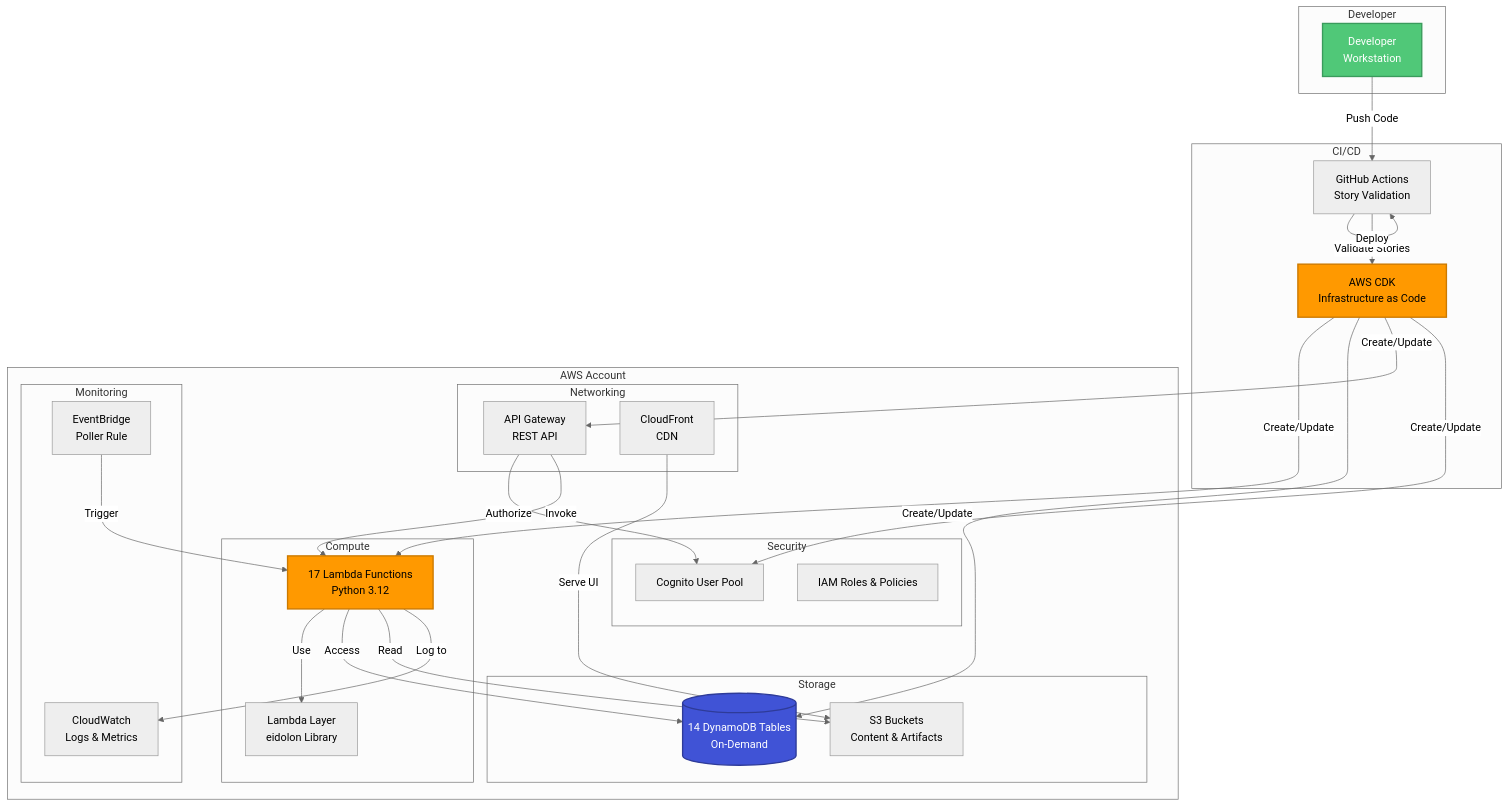
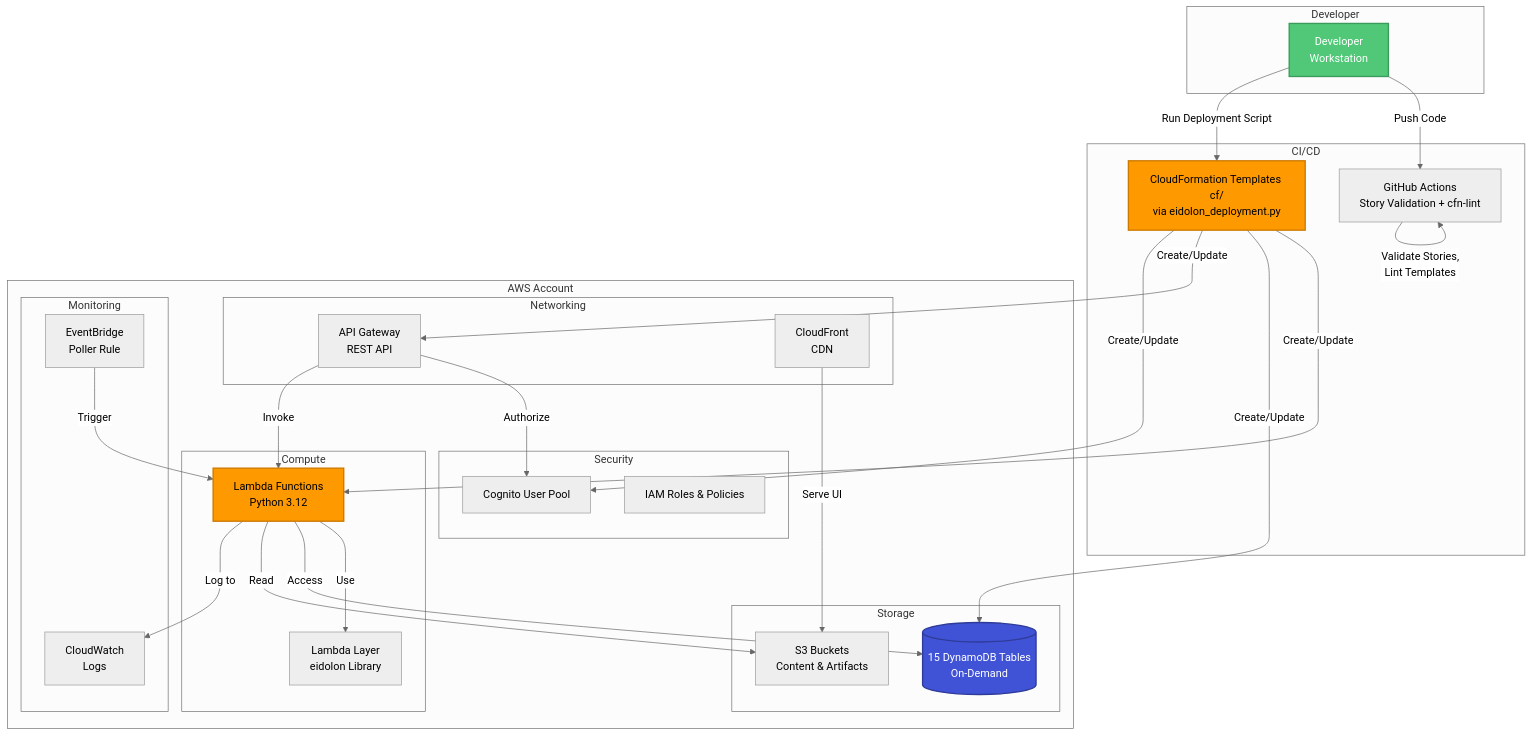
One commit to darkrelics/eidolon-engine changed diagram 13 of 14 in documentation/incremental-architecture-diagrams.md. Above: the diagram before and after it, drawn with Mermaid (neutral theme). The commit also changed other lines of this file and 22 other files, not shown here.

````diff
--- a/documentation/incremental-architecture-diagrams.md
+++ b/documentation/incremental-architecture-diagrams.md
@@ -580,63 +584,63 @@
 ```mermaid
 graph TB
     subgraph "Developer"
         Dev[Developer<br/>Workstation]
     end
 
     subgraph "CI/CD"
-        GH[GitHub Actions<br/>Story Validation]
-        CDK[AWS CDK<br/>Infrastructure as Code]
+        GH[GitHub Actions<br/>Story Validation + cfn-lint]
+        CFN[CloudFormation Templates cf/<br/>via eidolon_deployment.py]
     end
 
     subgraph "AWS Account"
         subgraph "Compute"
-            Lambda[17 Lambda Functions<br/>Python 3.12]
+            Lambda[Lambda Functions<br/>Python 3.12]
             Layer[Lambda Layer<br/>eidolon Library]
         end
 
         subgraph "Storage"
-            Tables[(14 DynamoDB Tables<br/>On-Demand)]
+            Tables[(15 DynamoDB Tables<br/>On-Demand)]
             Bucket[S3 Buckets<br/>Content & Artifacts]
         end
 
         subgraph "Networking"
             APIGW[API Gateway<br/>REST API]
             CF[CloudFront<br/>CDN]
         end
 
         subgraph "Security"
             Cognito[Cognito User Pool]
             IAM[IAM Roles & Policies]
         end
 
         subgraph "Monitoring"
-            CW[CloudWatch<br/>Logs & Metrics]
+            CW[CloudWatch<br/>Logs]
             EB[EventBridge<br/>Poller Rule]
         end
     end
 
     Dev -->|Push Code| GH
-    GH -->|Validate Stories| GH
-    GH -->|Deploy| CDK
+    GH -->|Validate Stories,<br/>Lint Templates| GH
+    Dev -->|Run Deployment Script| CFN
 
-    CDK -->|Create/Update| Lambda
-    CDK -->|Create/Update| Tables
-    CDK -->|Create/Update| APIGW
-    CDK -->|Create/Update| Cognito
+    CFN -->|Create/Update| Lambda
+    CFN -->|Create/Update| Tables
+    CFN -->|Create/Update| APIGW
+    CFN -->|Create/Update| Cognito
 
     Lambda -->|Use| Layer
     Lambda -->|Access| Tables
     Lambda -->|Read| Bucket
     Lambda -->|Log to| CW
 
     APIGW -->|Authorize| Cognito
     APIGW -->|Invoke| Lambda
 
     CF -->|Serve UI| Bucket
     EB -->|Trigger| Lambda
 
     style Dev fill:#50C878,stroke:#3A9B5C,stroke-width:2px,color:#fff
-    style CDK fill:#FF9900,stroke:#CC7A00,stroke-width:2px,color:#000
+    style CFN fill:#FF9900,stroke:#CC7A00,stroke-width:2px,color:#000
     style Lambda fill:#FF9900,stroke:#CC7A00,stroke-width:2px,color:#000
     style Tables fill:#4053D6,stroke:#2E3B99,stroke-width:2px,color:#fff
 ```
````
